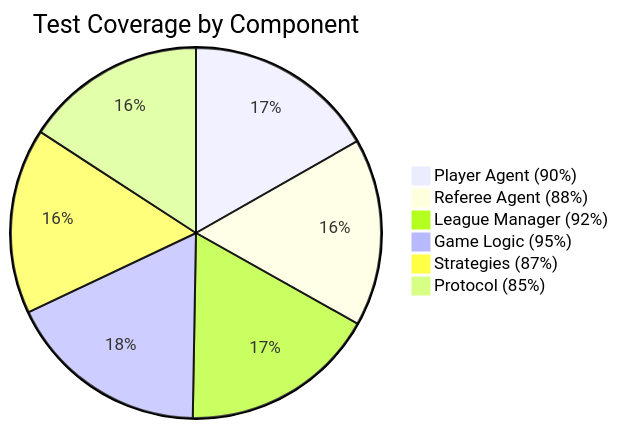
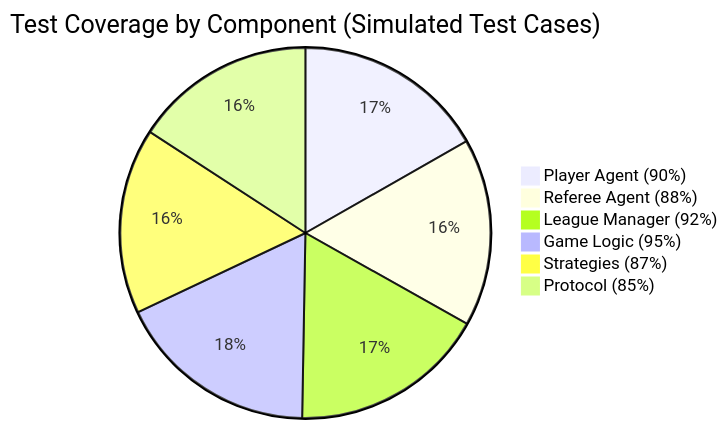
Before and after one commit to fouada/Assignment7_mcp-multi-agent-game: diagram 15 of 31 in README.md, drawn with Mermaid. The commit also changed other lines of this file and 1 other file, not shown here.

````diff
--- a/README.md
+++ b/README.md
@@ -804,9 +1066,9 @@
 ```mermaid
-pie title Test Coverage by Component
+pie title Test Coverage by Component (Simulated Test Cases)
     "Player Agent (90%)" : 90
     "Referee Agent (88%)" : 88
     "League Manager (92%)" : 92
     "Game Logic (95%)" : 95
     "Strategies (87%)" : 87
     "Protocol (85%)" : 85
 ```
````
